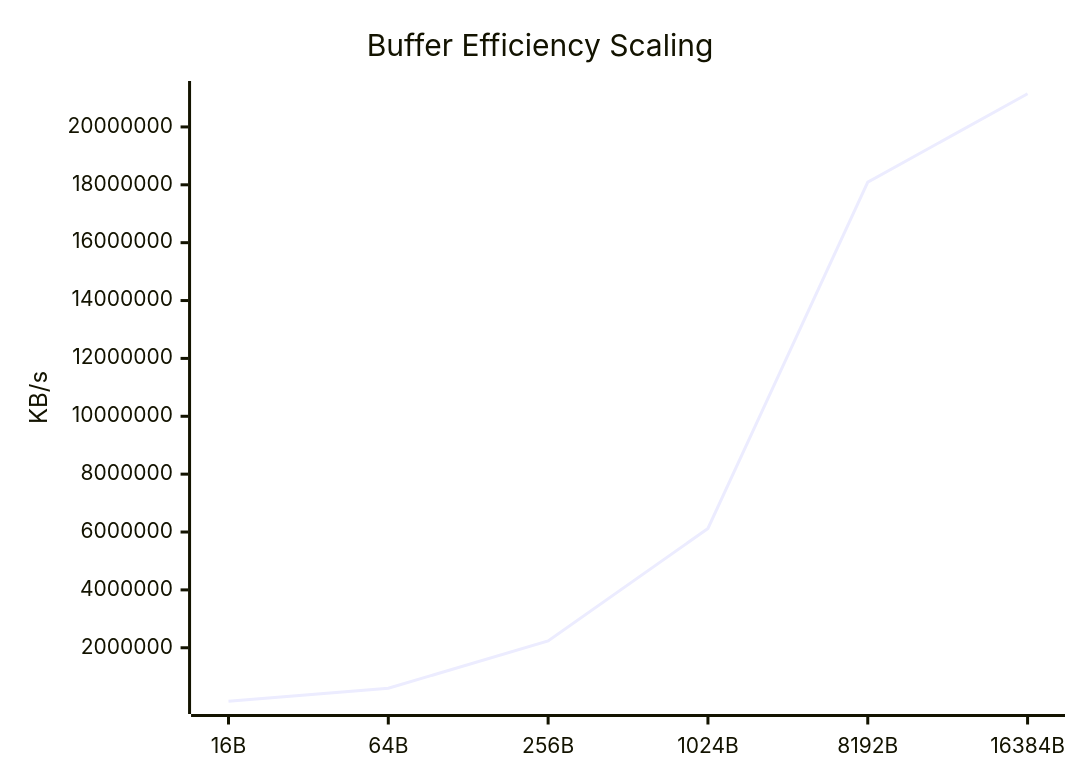
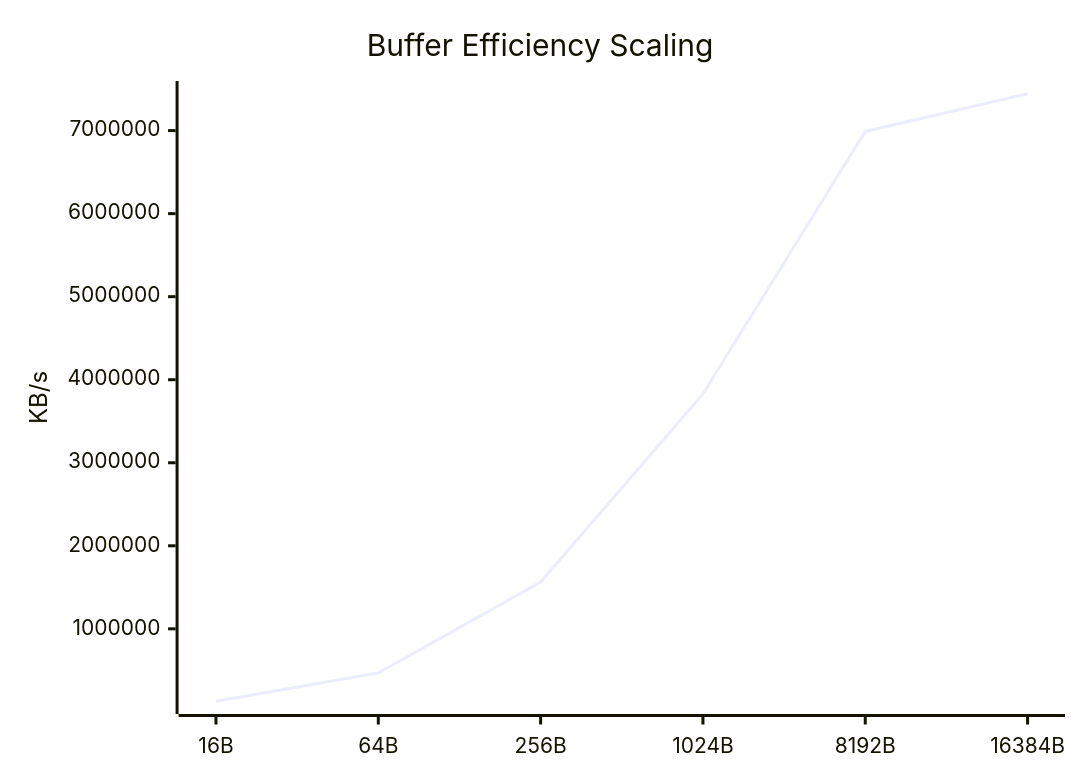
Before and after one commit to taha2samy/openssl_fips: the fifth of 9 diagrams in docs/Comparison_Report.md, drawn with Mermaid. The commit also changed other lines of this file and 2 other files, not shown here.

````diff
--- a/docs/Comparison_Report.md
+++ b/docs/Comparison_Report.md
@@ -94,7 +94,7 @@
 ```mermaid
 xychart-beta
     title "Buffer Efficiency Scaling"
     x-axis [16B, 64B, 256B, 1024B, 8192B, 16384B]
     y-axis "KB/s"
-    line [151306.7, 598945.57, 2238690.94, 6122185.73, 18090647.55, 21146984.45]
+    line [127832.9, 468768.0, 1563209.34, 3828550.66, 6989996.03, 7443816.45]
 ```
````
